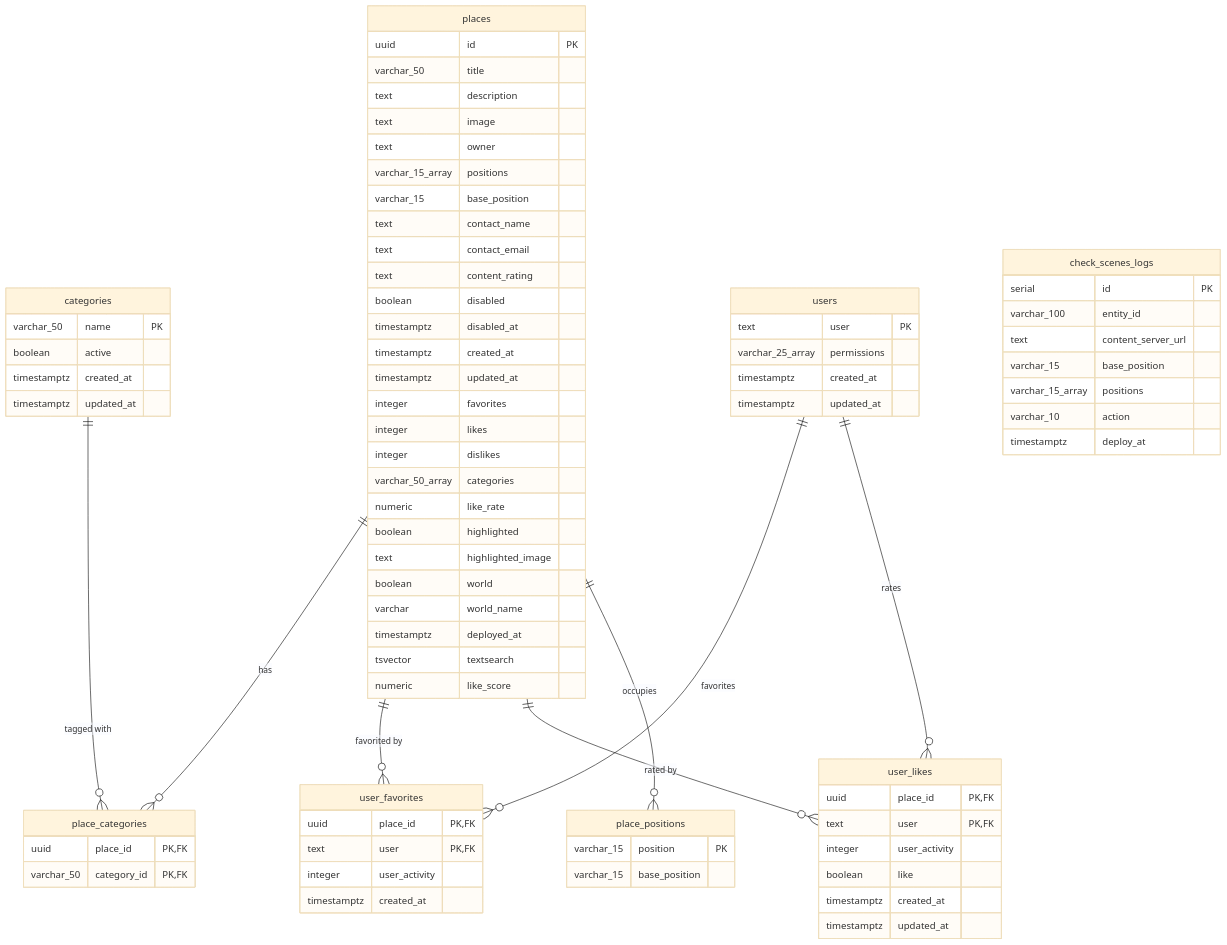
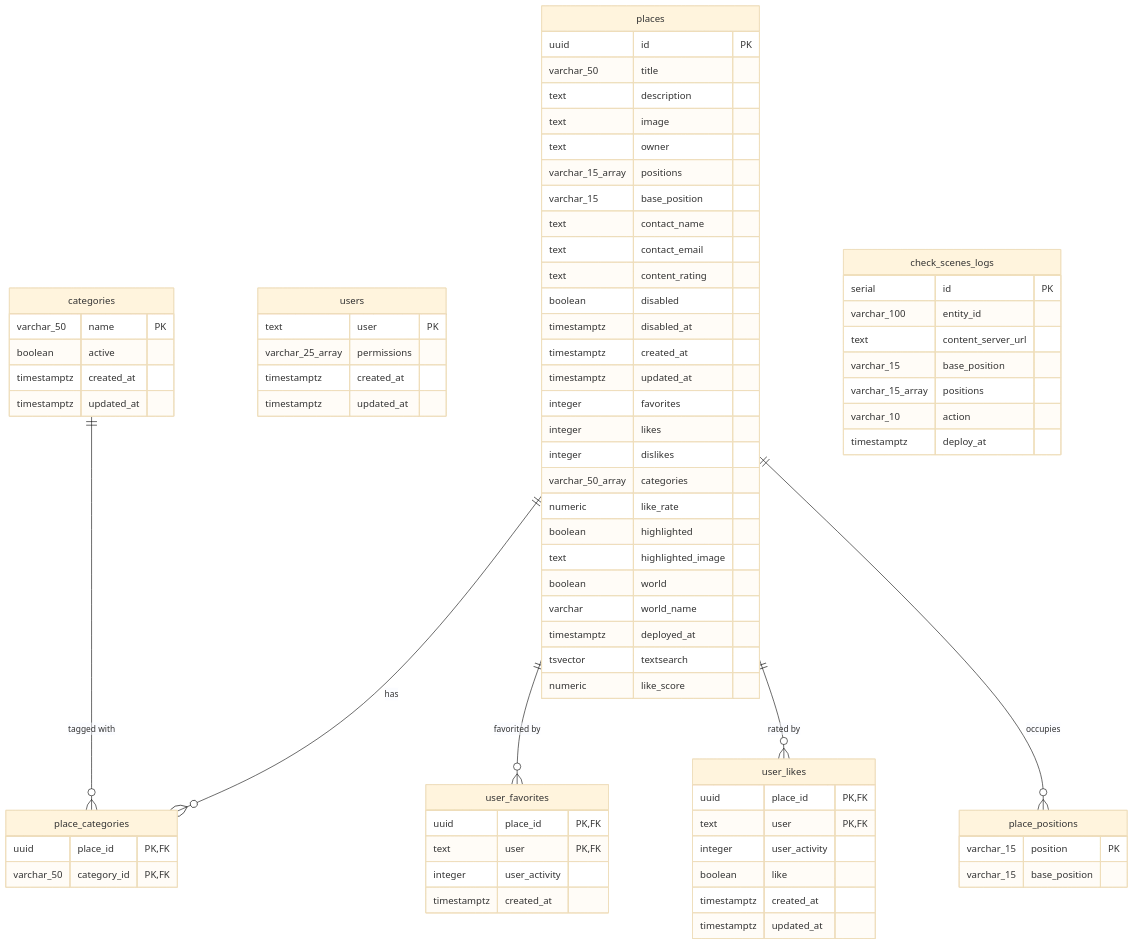
One commit to decentraland/places changed the diagram in docs/database-schemas.md. Above: the diagram before and after it, drawn with Mermaid (base theme).

Commit message:
docs: update database-schemas

````diff
--- a/docs/database-schemas.md
+++ b/docs/database-schemas.md
@@ -88,8 +88,6 @@
     places ||--o{ place_categories : "has"
     categories ||--o{ place_categories : "tagged with"
     places ||--o{ user_favorites : "favorited by"
-    users ||--o{ user_favorites : "favorites"
     places ||--o{ user_likes : "rated by"
-    users ||--o{ user_likes : "rates"
     places ||--o{ place_positions : "occupies"
 ```
````
